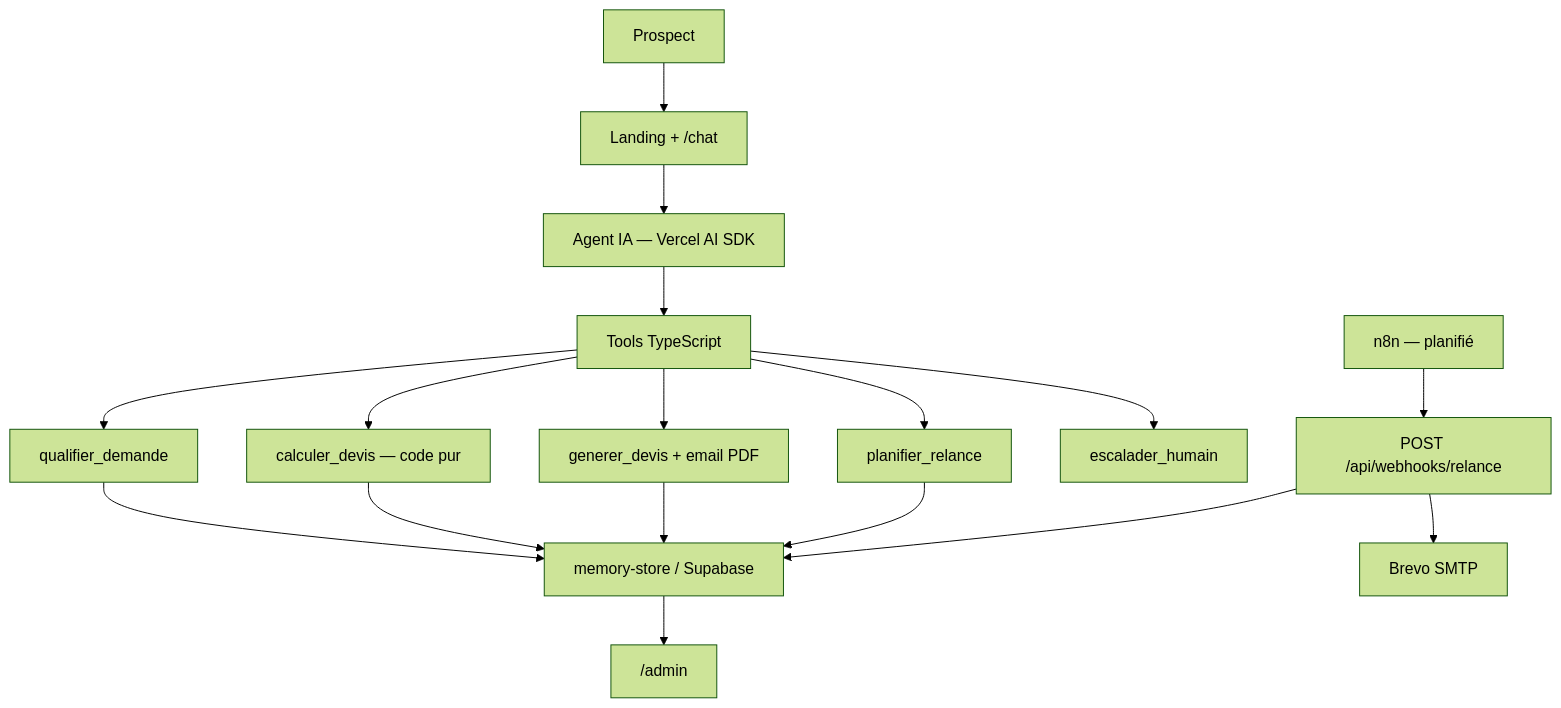
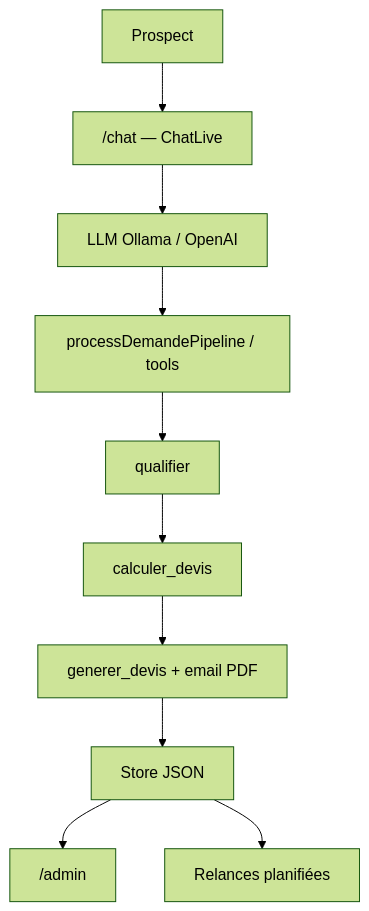
The second of 4 diagrams in neotravel-app/docs/architecture.md (RRK28/neotravel), drawn with Mermaid (forest theme) before and after one commit. The commit also changed other lines of this file and 7 other files, not shown here.

Commit message:
ajout mode emploi technique avec schemas

````diff
--- a/neotravel-app/docs/architecture.md
+++ b/neotravel-app/docs/architecture.md
@@ -25,19 +47,12 @@
 ```mermaid
 flowchart TB
-  Prospect["Prospect"] --> Landing["Landing + /chat"]
-  Landing --> Agent["Agent IA — Vercel AI SDK"]
-  Agent --> Tools["Tools TypeScript"]
-  Tools --> Q["qualifier_demande"]
-  Tools --> C["calculer_devis — code pur"]
-  Tools --> G["generer_devis + email PDF"]
-  Tools --> P["planifier_relance"]
-  Tools --> E["escalader_humain"]
-  Q --> Store["memory-store / Supabase"]
-  C --> Store
-  G --> Store
-  P --> Store
+  Prospect --> Chat["/chat — ChatLive"]
+  Chat --> LLM["LLM Ollama / OpenAI"]
+  LLM --> Pipeline["processDemandePipeline / tools"]
+  Pipeline --> Q["qualifier"]
+  Q --> C["calculer_devis"]
+  C --> G["generer_devis + email PDF"]
+  G --> Store["Store JSON"]
   Store --> Admin["/admin"]
-  n8n["n8n — planifié"] --> Relance["POST /api/webhooks/relance"]
-  Relance --> Store
-  Relance --> Email["Brevo SMTP"]
+  Store --> Relances["Relances planifiées"]
 ```
````
